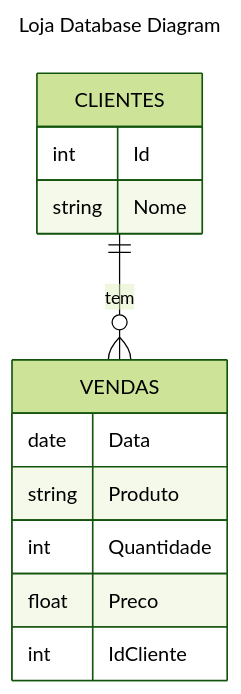
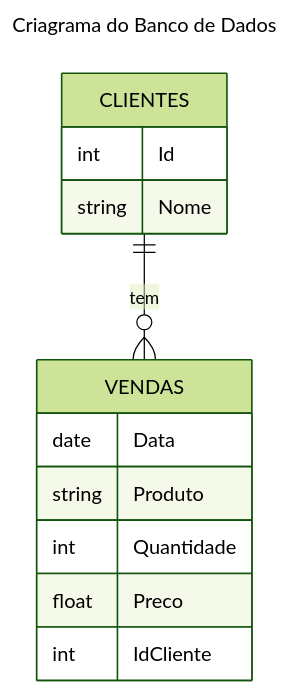
One commit to wellicfaria/egd_ex01 changed the diagram in README.md. Above: the diagram before and after it, drawn with Mermaid (forest theme). The commit also changed other lines of this file, not shown here.

````diff
--- a/README.md
+++ b/README.md
@@ -102,19 +110,19 @@
 ```mermaid
 ---
-title: Loja Database Diagram
+title: Criagrama do Banco de Dados
 ---
 erDiagram
     CLIENTES ||--o{ VENDAS : tem
     CLIENTES {
         int Id
         string Nome
     }
     VENDAS {
         date Data
         string Produto
         int Quantidade
         float Preco
         int IdCliente
     }
 
 ```
````
